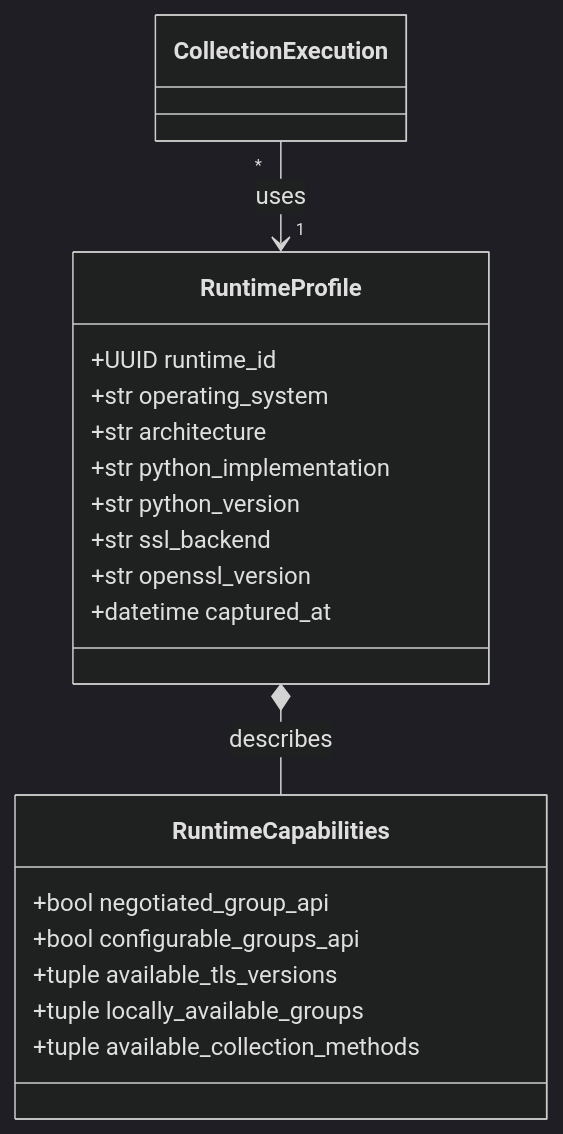
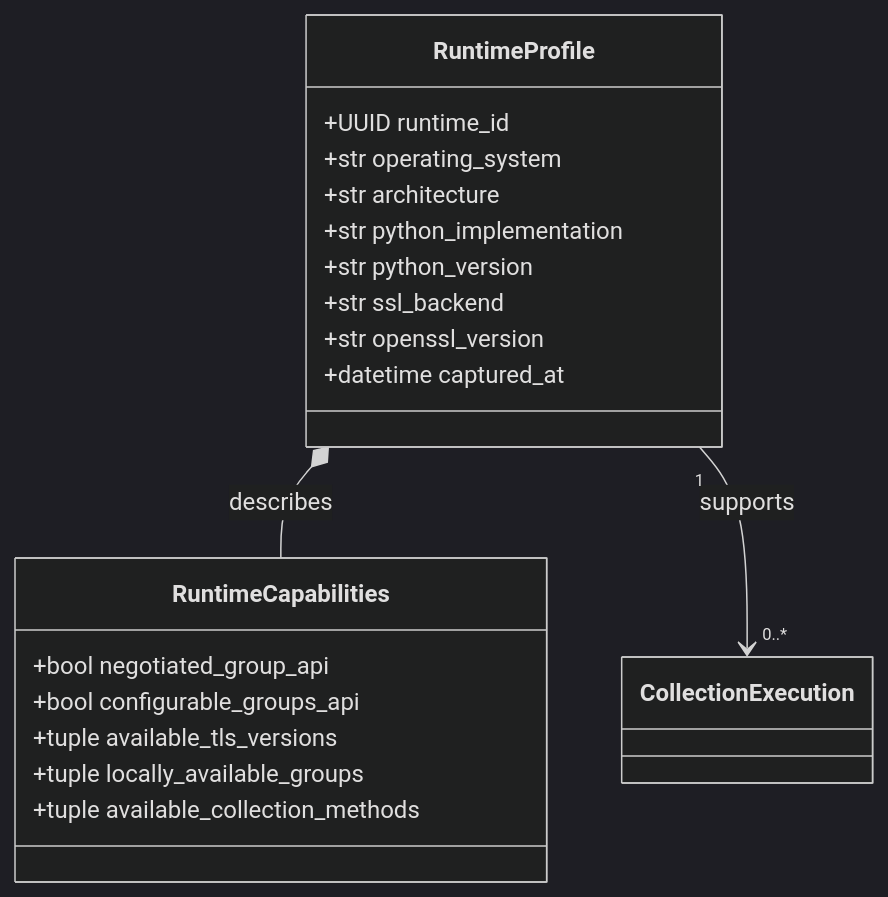
One commit to git-loa/cryptographic-inventory-pqc-risk-assessment changed the fifth of 8 diagrams in docs/architecture/domain/domain-class-diagram.md. Above: the diagram before and after it, drawn with Mermaid (dark theme). The commit also changed other lines of this file and 9 other files, not shown here.

Commit message:
feature: refactor relationship rules / docs: rewrite domain architecture documentation

````diff
--- a/docs/architecture/domain/domain-class-diagram.md
+++ b/docs/architecture/domain/domain-class-diagram.md
@@ -219,24 +245,24 @@
 ```mermaid
 classDiagram
     class RuntimeProfile {
         +UUID runtime_id
         +str operating_system
         +str architecture
         +str python_implementation
         +str python_version
         +str ssl_backend
         +str openssl_version
         +datetime captured_at
     }
 
     class RuntimeCapabilities {
         +bool negotiated_group_api
         +bool configurable_groups_api
         +tuple available_tls_versions
         +tuple locally_available_groups
         +tuple available_collection_methods
     }
 
     RuntimeProfile *-- RuntimeCapabilities : describes
-    CollectionExecution "*" --> "1" RuntimeProfile : uses
+    RuntimeProfile "1" --> "0..*" CollectionExecution : supports
 ```
````
